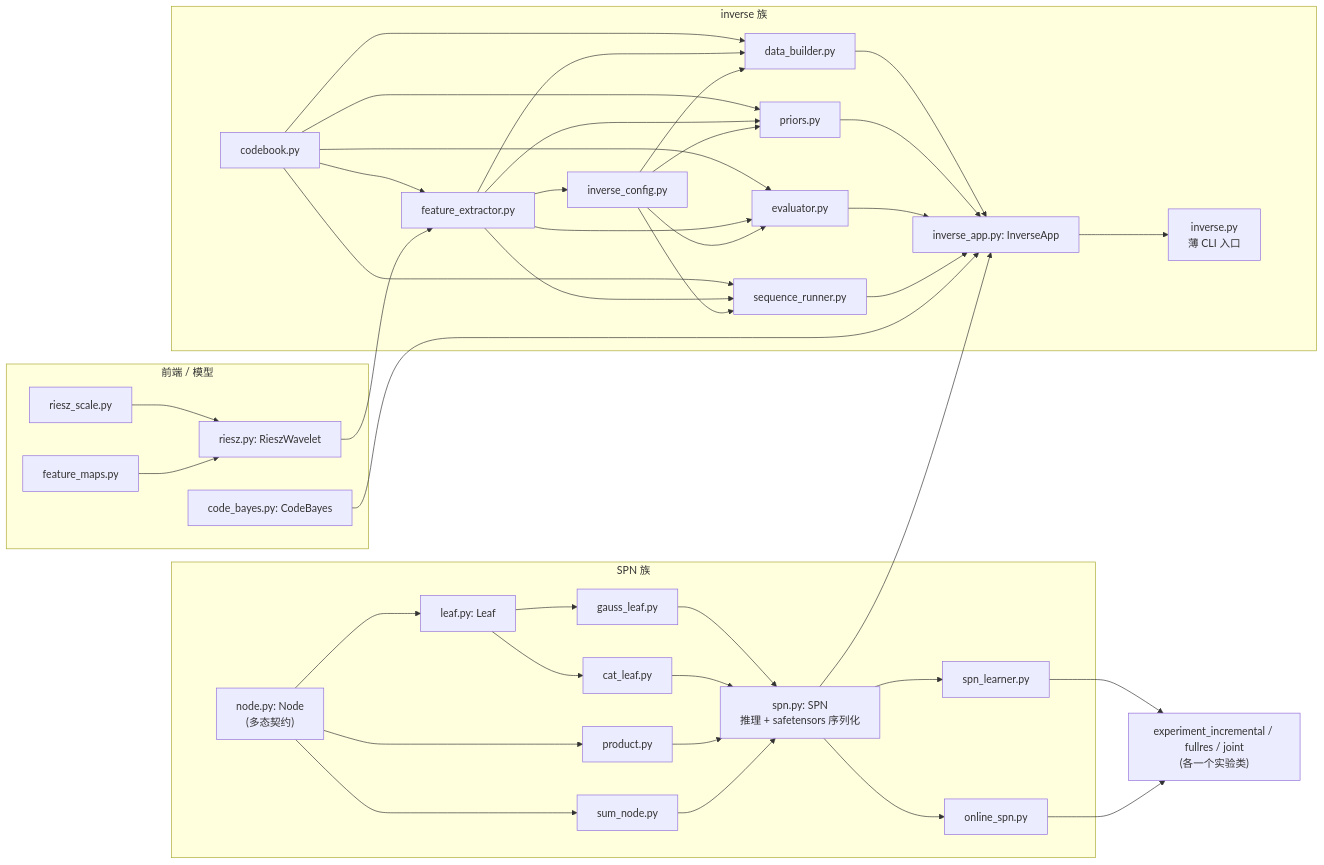
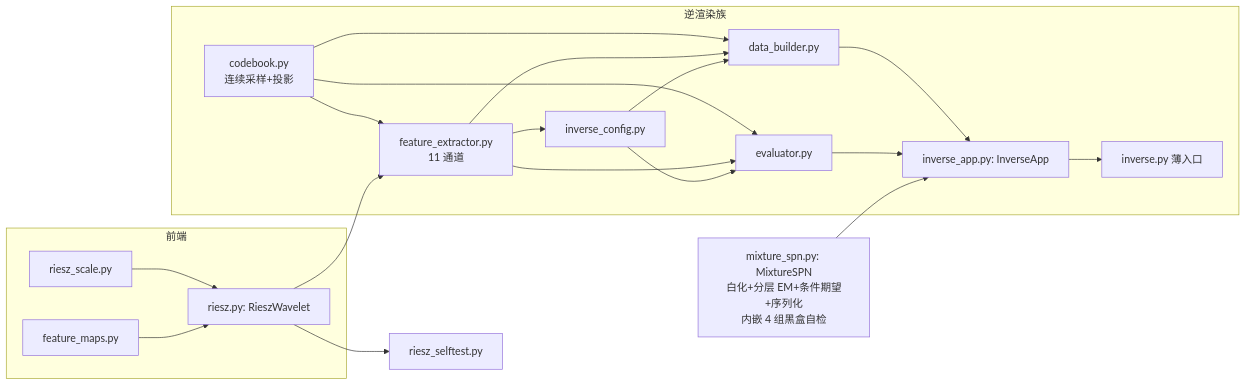
Before and after one commit to aki-xavier/conger: the third of 3 diagrams in docs/architecture.md, drawn with Mermaid. The commit also changed other lines of this file and 25 other files, not shown here.

````diff
--- a/docs/architecture.md
+++ b/docs/architecture.md
@@ -64,24 +53,15 @@
 ```mermaid
 flowchart LR
-    subgraph SPNF["SPN 族"]
-        NODE["node.py: Node<br/>(多态契约)"] --> LEAF["leaf.py: Leaf"]
-        LEAF --> GL["gauss_leaf.py"] & CL["cat_leaf.py"]
-        NODE --> PR["product.py"] & SM["sum_node.py"]
-        GL & CL & PR & SM --> SPNM["spn.py: SPN<br/>推理 + safetensors 序列化"]
-        SPNM --> LR["spn_learner.py"] & ON["online_spn.py"]
+    subgraph CORE["逆渲染族"]
+        CBK["codebook.py<br/>连续采样+投影"] --> FEX["feature_extractor.py<br/>11 通道"] --> DCFG["inverse_config.py"]
+        CBK & FEX & DCFG --> DB["data_builder.py"] & EV["evaluator.py"]
+        DB & EV --> APP["inverse_app.py: InverseApp"]
+        APP --> ENTRY["inverse.py 薄入口"]
     end
-    subgraph DEMO["inverse 族"]
-        CBK["codebook.py"] --> FEX["feature_extractor.py"] --> DCFG["inverse_config.py"]
-        CBK & FEX & DCFG --> DB["data_builder.py"] & PRI["priors.py"] & EV["evaluator.py"] & SR["sequence_runner.py"]
-        DB & PRI & EV & SR --> APP["inverse_app.py: InverseApp"]
-        APP --> ENTRY["inverse.py<br/>薄 CLI 入口"]
+    subgraph FRONT["前端"]
+        RS["riesz_scale.py"] & FM["feature_maps.py"] --> RW["riesz.py: RieszWavelet"]
+        RW --> FEX
     end
-    subgraph FRONT["前端 / 模型"]
-        RS["riesz_scale.py"] & FM["feature_maps.py"] --> RW["riesz.py: RieszWavelet"]
-        CBM["code_bayes.py: CodeBayes"]
-    end
-    EXP["experiment_incremental / fullres / joint<br/>(各一个实验类)"]
-    RW --> FEX
-    SPNM & CBM --> APP
-    LR & ON --> EXP
+    MSP["mixture_spn.py: MixtureSPN<br/>白化+分层 EM+条件期望+序列化<br/>内嵌 4 组黑盒自检"] --> APP
+    RW --> ST["riesz_selftest.py"]
 ```
````
